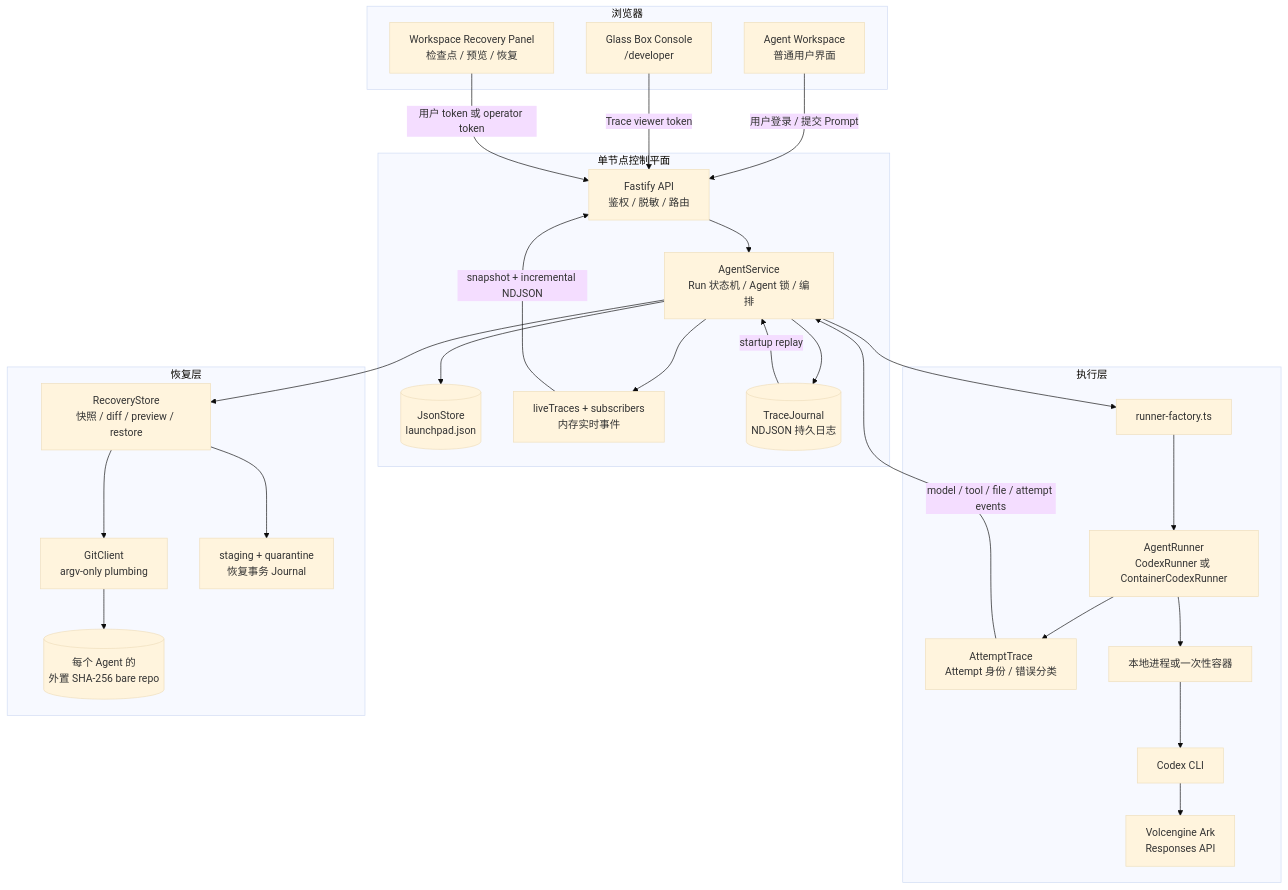
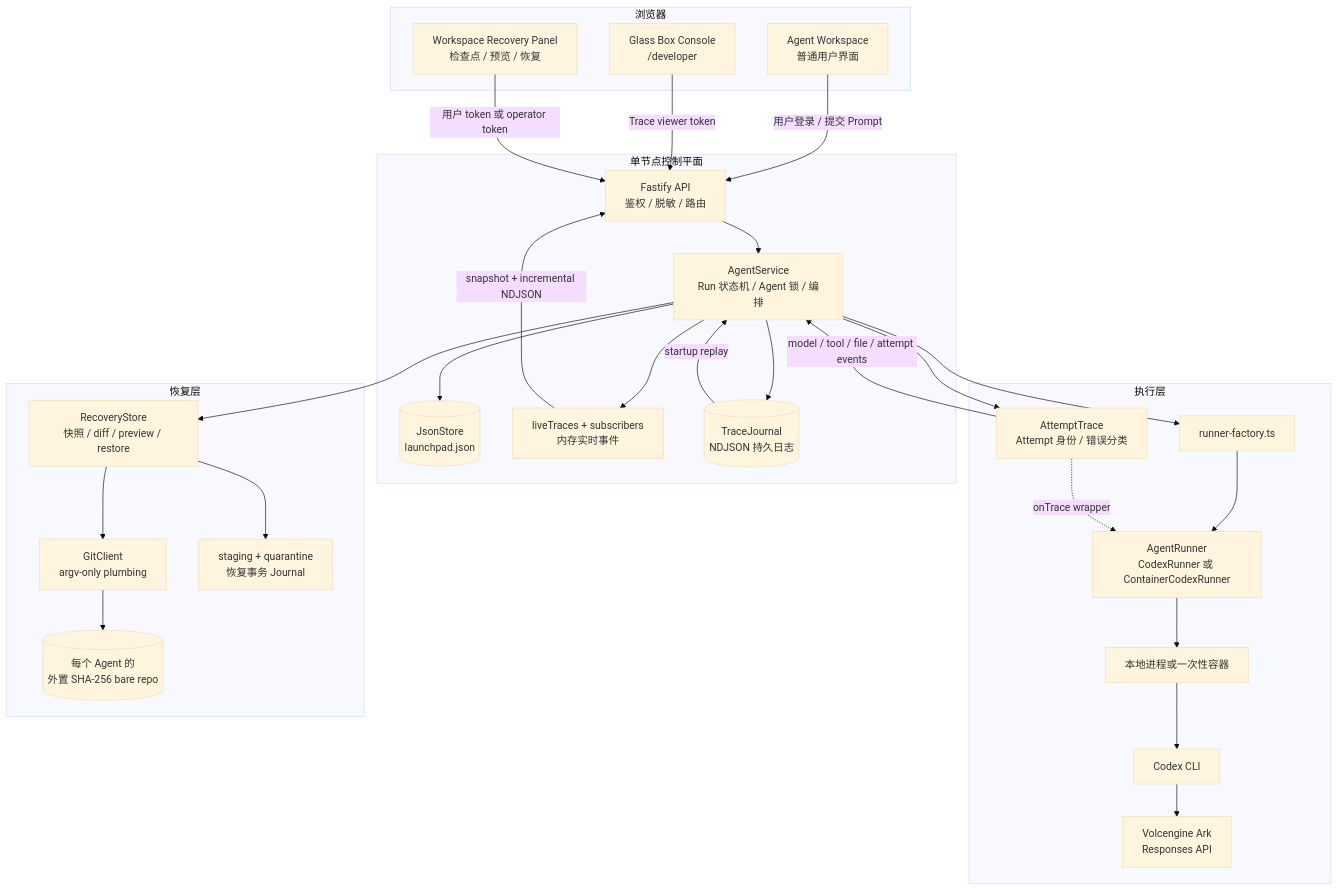
One commit to xiaochenwang860-png/trace1-Agent- changed the first of 7 diagrams in docs/UPDATED_FEATURES.md. Above: the diagram before and after it, drawn with Mermaid (base theme). The commit also changed 1 other file, not shown here.

Commit message:
docs: clarify recovery architecture flow

````diff
--- a/docs/UPDATED_FEATURES.md
+++ b/docs/UPDATED_FEATURES.md
@@ -44,53 +44,54 @@
 ```mermaid
 flowchart TB
     subgraph Browser[浏览器]
         UserUI["Agent Workspace<br/>普通用户界面"]
         DevUI["Glass Box Console<br/>/developer"]
         RecoveryUI["Workspace Recovery Panel<br/>检查点 / 预览 / 恢复"]
     end
 
     subgraph Control[单节点控制平面]
         API["Fastify API<br/>鉴权 / 脱敏 / 路由"]
         Service["AgentService<br/>Run 状态机 / Agent 锁 / 编排"]
         Store[("JsonStore<br/>launchpad.json")]
         Live["liveTraces + subscribers<br/>内存实时事件"]
         Journal[("TraceJournal<br/>NDJSON 持久日志")]
     end
 
     subgraph Execution[执行层]
         Factory[runner-factory.ts]
         Runner["AgentRunner<br/>CodexRunner 或 ContainerCodexRunner"]
         Attempt["AttemptTrace<br/>Attempt 身份 / 错误分类"]
         Runtime[本地进程或一次性容器]
         Codex[Codex CLI]
         Ark["Volcengine Ark<br/>Responses API"]
     end
 
     subgraph Recovery[恢复层]
         RecoveryStore["RecoveryStore<br/>快照 / diff / preview / restore"]
         GitClient["GitClient<br/>argv-only plumbing"]
         Repo[("每个 Agent 的<br/>外置 SHA-256 bare repo")]
         Txn["staging + quarantine<br/>恢复事务 Journal"]
     end
 
     UserUI -->|用户登录 / 提交 Prompt| API
     DevUI -->|Trace viewer token| API
     RecoveryUI -->|用户 token 或 operator token| API
     API --> Service
     Service --> Store
     Service --> Live
     Service --> Journal
     Service --> RecoveryStore
     Service --> Factory
+    Service --> Attempt
     Factory --> Runner
-    Runner --> Attempt
+    Attempt -. "onTrace wrapper" .-> Runner
     Runner --> Runtime
     Runtime --> Codex
     Codex --> Ark
     Attempt -->|model / tool / file / attempt events| Service
     RecoveryStore --> GitClient
     GitClient --> Repo
     RecoveryStore --> Txn
     Live -->|snapshot + incremental NDJSON| API
     Journal -->|startup replay| Service
 ```
````
